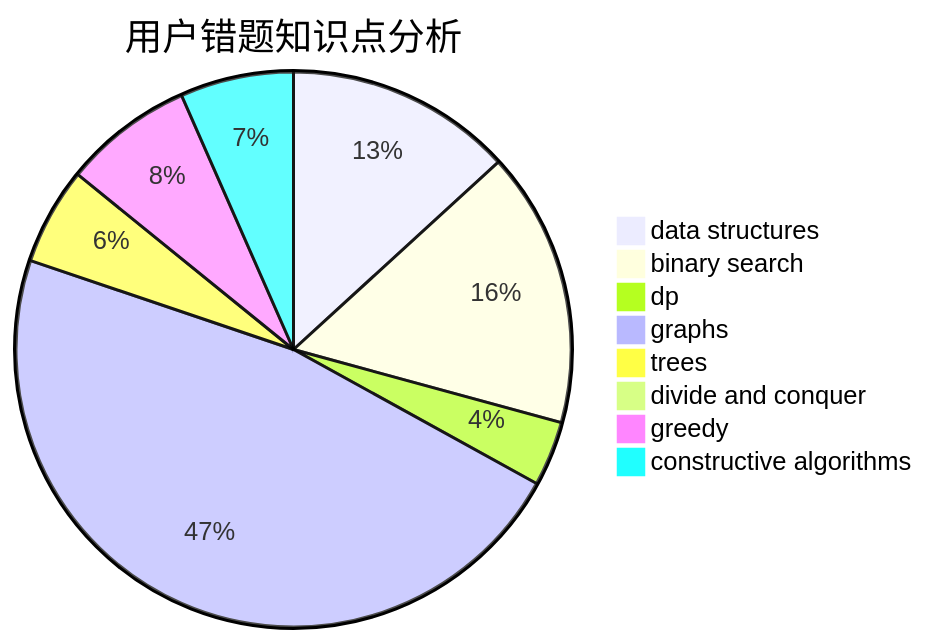
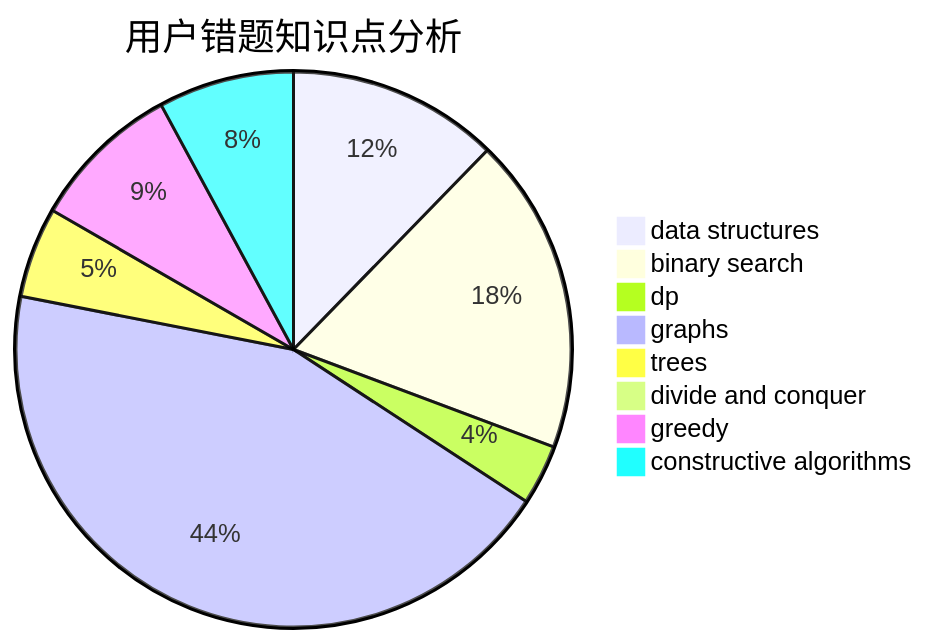
One commit to sherpahu/cfrs.github.io changed the third of 3 diagrams in docs/user/u1569.md. Above: the diagram before and after it, drawn with Mermaid. The commit also changed other lines of this file and 2770 other files, not shown here.

````diff
--- a/docs/user/u1569.md
+++ b/docs/user/u1569.md
@@ -36,11 +36,11 @@
 ```mermaid
 pie title 用户错题知识点分析
     "data structures" :  14
-    "binary search" :  17
+    "binary search" :  21
     "dp" :  4
     "graphs" :  50
     "trees" :  6
     "divide and conquer" :  0
-    "greedy" :  8
-    "constructive algorithms" :  7
+    "greedy" :  10
+    "constructive algorithms" :  9
 ```
````
